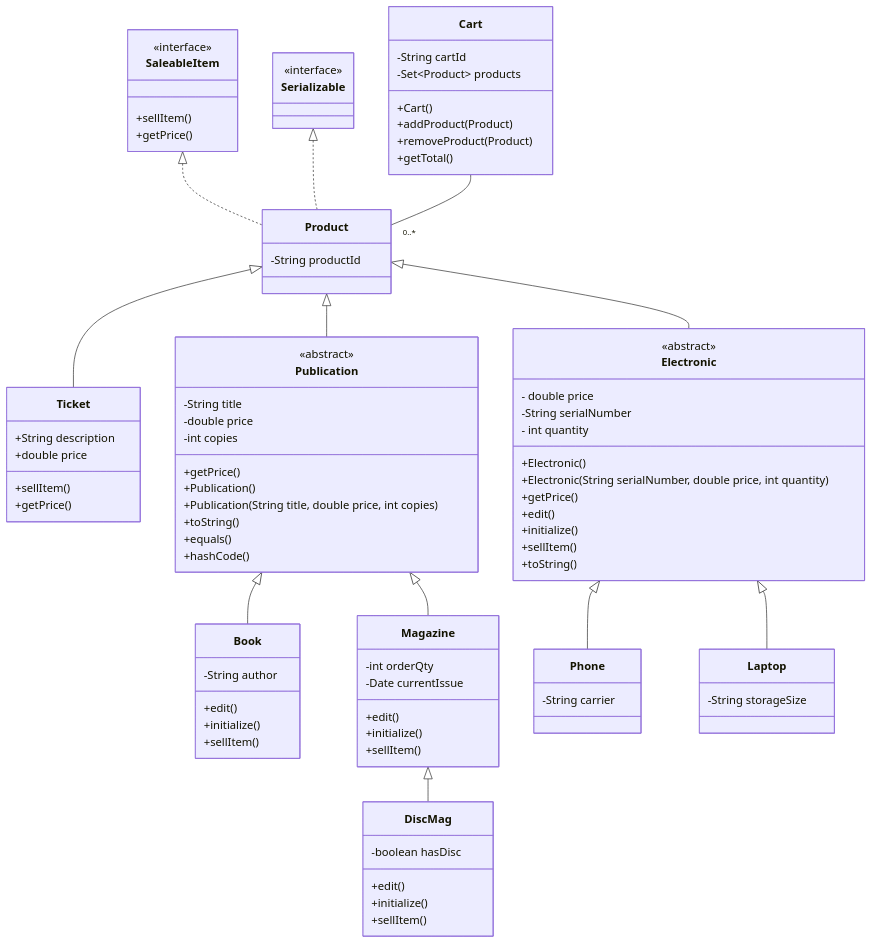
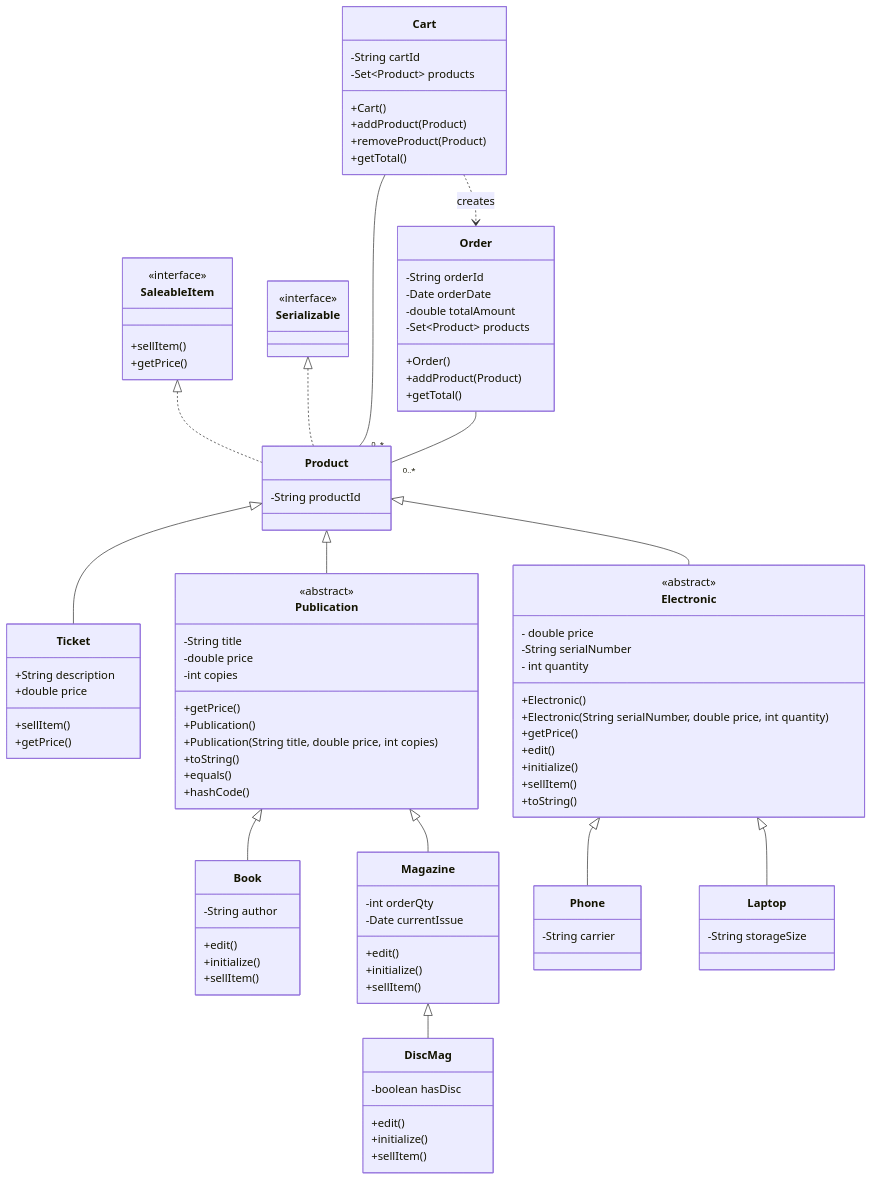
One commit to DiegoMaEl12/csd230_w26.lab1.DiegoMartinez changed the diagram in documentation/bookstore.f25-2025-11-17-211001.mmd. Above: the diagram before and after it, drawn with Mermaid. The commit also changed other lines of this file and 12 other files, not shown here.

```diff
--- a/documentation/bookstore.f25-2025-11-17-211001.mmd
+++ b/documentation/bookstore.f25-2025-11-17-211001.mmd
@@ -1,133 +1,154 @@
                  classDiagram
 
 %% =====================
 %% Inheritance hierarchy
 %% =====================
 
     Product <|-- Ticket
     Product <|-- Publication
     Publication <|-- Book
     Publication <|-- Magazine
     Magazine <|-- DiscMag
 
 %% New electronics sub-hierarchy
     Product <|-- Electronic
     Electronic <|-- Phone
     Electronic <|-- Laptop
 
 %% Interfaces
     SaleableItem <|.. Product
     Serializable <|.. Product
 
 %% Cart relationship
 Cart -- "0..*" Product
+
+%% Order relationship
+Order -- "0..*" Product
+
+%% Conceptual relationship
+Cart ..> Order : creates
 
 %% =====================
 %% Core classes
 %% =====================
 
 class Product {
 -String productId
 }
 
 class Serializable {
 <<interface>>
 }
 
 class SaleableItem {
 <<interface>>
 +sellItem()
 +getPrice()
 }
 
 %% =====================
 %% Ticket
 %% =====================
 
 class Ticket {
 +String description
 +double price
 +sellItem()
 +getPrice()
 }
 
 %% =====================
 %% Publications
 %% =====================
 
 class Publication {
 <<abstract>>
 -String title
 -double price
 -int copies
 
 +getPrice()
 +Publication()
 +Publication(String title, double price, int copies)
 +toString()
 +equals()
 +hashCode()
 }
 
 class Book {
 -String author
 +edit()
 +initialize()
 +sellItem()
 }
 
 class Magazine {
 -int orderQty
 -Date currentIssue
 
 +edit()
 +initialize()
 +sellItem()
 }
 
 class DiscMag {
 -boolean hasDisc
 +edit()
 +initialize()
 +sellItem()
 }
 
 %% =====================
 %% Electronics
 %% =====================
 
 class Electronic {
 <<abstract>>
 - double price
 -String serialNumber
 - int quantity
 +Electronic()
 +Electronic(String serialNumber, double price, int quantity)
 +getPrice()
 +edit()
 +initialize()
 +sellItem()
 +toString()
 }
 
 class Phone {
 -String carrier
 }
 
 class Laptop {
 -String storageSize
 }
 
 %% =====================
 %% Cart
 %% =====================
 
 class Cart {
 -String cartId
 -Set~Product~ products
 
 +Cart()
 +addProduct(Product)
 +removeProduct(Product)
 +getTotal()
 }
+
+%% =====================
+%% Order
+%% =====================
+
+class Order {
+-String orderId
+-Date orderDate
+-double totalAmount
+-Set~Product~ products
+
++Order()
++addProduct(Product)
++getTotal()
+}
```
